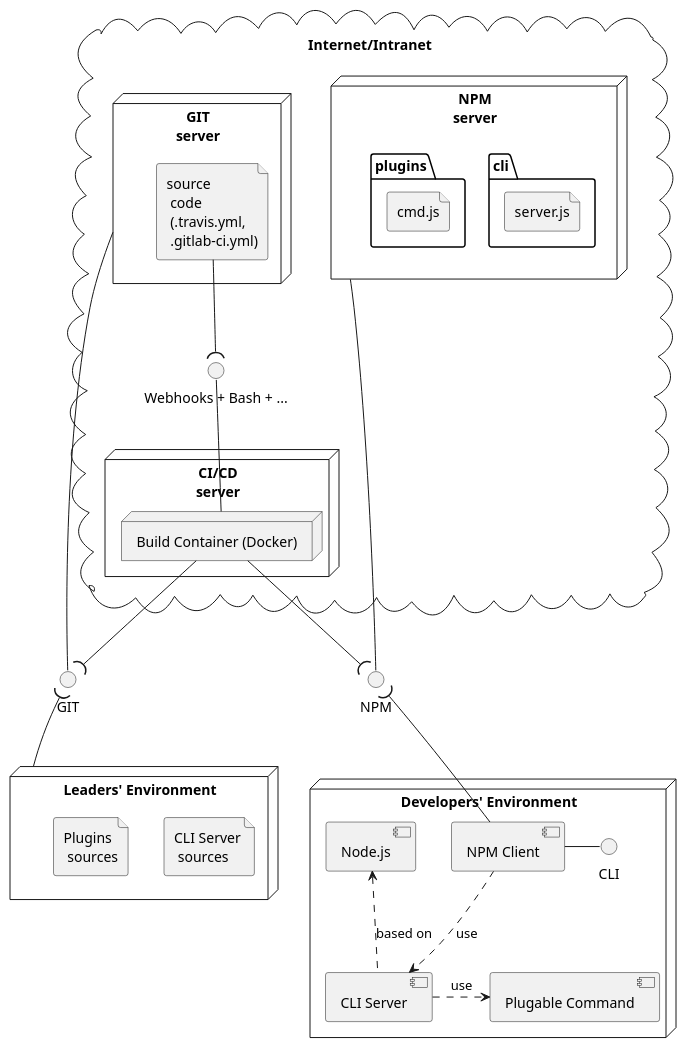
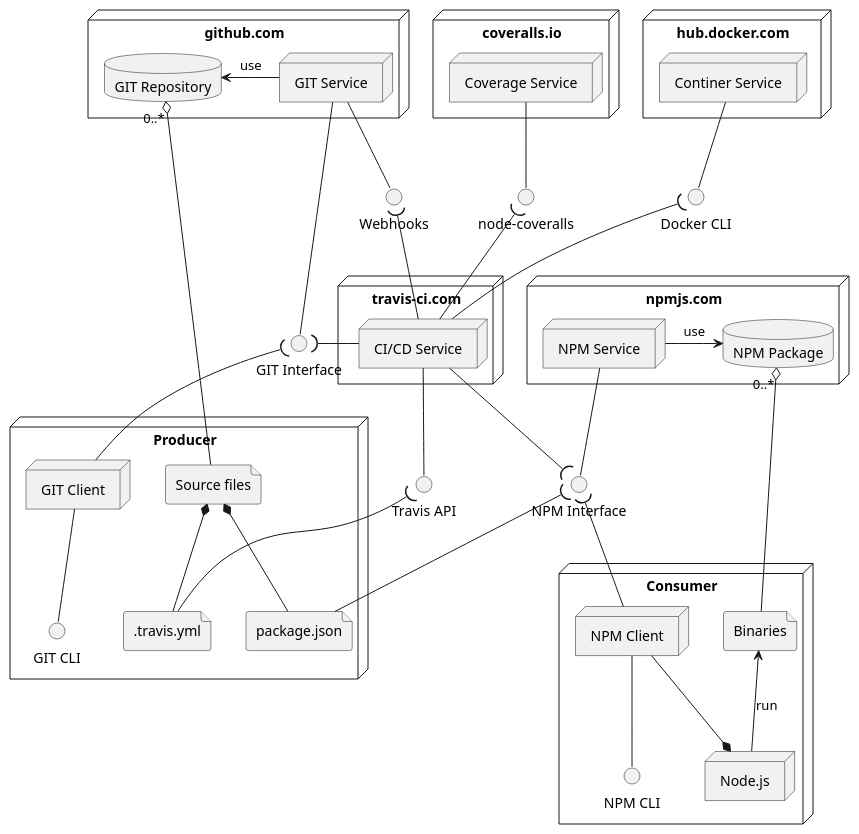
One commit to imazzine/design changed the third of 3 diagrams in uml/cli.puml. Above: the diagram before and after it, drawn with PlantUML. The commit also changed other lines of this file and 6 other files, not shown here.

```diff
--- a/uml/cli.puml
+++ b/uml/cli.puml
@@ -98,47 +77,78 @@
-@startuml
-cloud "Internet/Intranet" {
-    node "GIT\nserver" as gitServer {
-        file "source \n code \n (.travis.yml, \n .gitlab-ci.yml)" as SourceCode
+@startuml named_boxes
+    
+    node "github.com" as GITServer {
+        database "GIT Repository" as GITRepo
+        node "GIT Service" as GITService
+        GITRepo <- GITService: use
     }
-    node "<b>CI/CD</b>\n<b>server</b>" as ciServer {
-        node "Build Container (Docker)" as ciBuildNode
+    interface "Webhooks" as Webhooks
+    interface "GIT Interface" as GITInterface
+    GITService -- Webhooks
+    GITService -- GITInterface
+    
+    node "npmjs.com" as NPMServer {
+        node "NPM Service" as NPMService
+        database "NPM Package" as NPMPackage
+        NPMService -> NPMPackage: use
     }
-    node "NPM\nserver" as npmServer  {
-        package cli {
-            file "server.js"
-        }
-        package plugins {
-            file "cmd.js"
-        }
+    interface "NPM Interface" as NPMInterface
+    NPMService -- NPMInterface
+
+    node "travis-ci.com" as CICDServer {
+        node "CI/CD Service" as CICDService
     }
-    interface "Webhooks + Bash + ..." as BashInterface
+    interface "Travis API" as CICDInterface
+    CICDService -- CICDInterface
+    Webhooks )-- CICDService
+    GITInterface )- CICDService
+    CICDService --( NPMInterface
 
-    SourceCode --( BashInterface
-    BashInterface -- ciBuildNode
-}
-interface "GIT" as gitInterface
-interface "NPM" as npmInterface
+    node "hub.docker.com" as ContainerServer {
+        node "Continer Service" as ContainerService
+    }
+    interface "Docker CLI" as ContainerInterface
+    ContainerService -- ContainerInterface
+    ContainerInterface )-- CICDService
+    
+    node "coveralls.io" as CoverageServer {
+        node "Coverage Service" as CoverageService
+    }
+    interface "node-coveralls" as CoverageInterface
+    CoverageService -- CoverageInterface
+    CoverageInterface )-- CICDService
+    
+    node "Producer" as Producer {
+        node "GIT Client" as GITClient
+        interface "GIT CLI" as GIT_CLI
+        GITClient -- GIT_CLI
 
-gitServer -- gitInterface
-ciBuildNode --( gitInterface
-npmServer -- npmInterface
-ciBuildNode --( npmInterface
+        ' node "NPM Client" as NPMClientP
+        ' interface "NPM CLI" as NPM_CLI_P
+        ' NPMInterface -- NPMClientP 
+        ' NPMClientP -- NPM_CLI_P
 
-node "Leaders' Environment" as devPC {
-    file "CLI Server \n sources"
-    file "Plugins \n sources"
-}
-node "Developers' Environment" as userPC {
-    component "NPM Client" as npmClient
-    component "Node.js" as nodejs
-    component "CLI Server" as CLIServer
-    component "Plugable Command" as Plugin
-    interface CLI
-    nodejs <.. CLIServer: based on
-    npmClient ..> CLIServer: use
-    CLIServer .> Plugin: use
-    npmClient - CLI
-}
-gitInterface )-- devPC
-npmInterface )-- npmClient
+        file "Source files" as Sources
+        file ".travis.yml" as CICDConf
+        file "package.json" as NPMConfig
+        GITRepo "0..*" o-- Sources
+        Sources *-- CICDConf
+        Sources *-- NPMConfig
+        GITInterface )-- GITClient
+        CICDInterface )-- CICDConf
+        NPMInterface )-- NPMConfig
+    }
+
+    node "Consumer" as Consumer {
+        node "NPM Client" as NPMClientC
+        interface "NPM CLI" as BIN
+        NPMInterface )-- NPMClientC
+        NPMClientC -- BIN
+
+        node "Node.js" as NodeJS
+        NPMClientC --* NodeJS
+
+        file "Binaries" as Binaries
+        NPMPackage "0..*" o-- Binaries
+        Binaries <-- NodeJS: run
+    }
 @enduml
```
